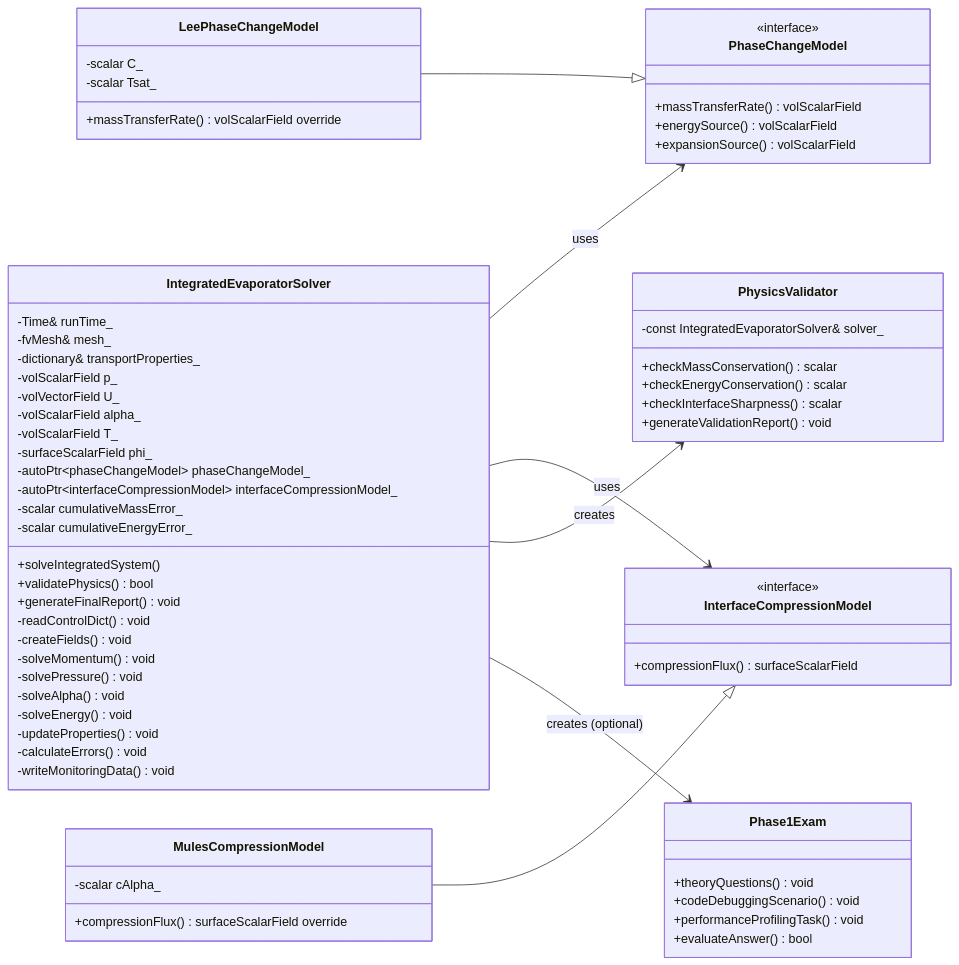
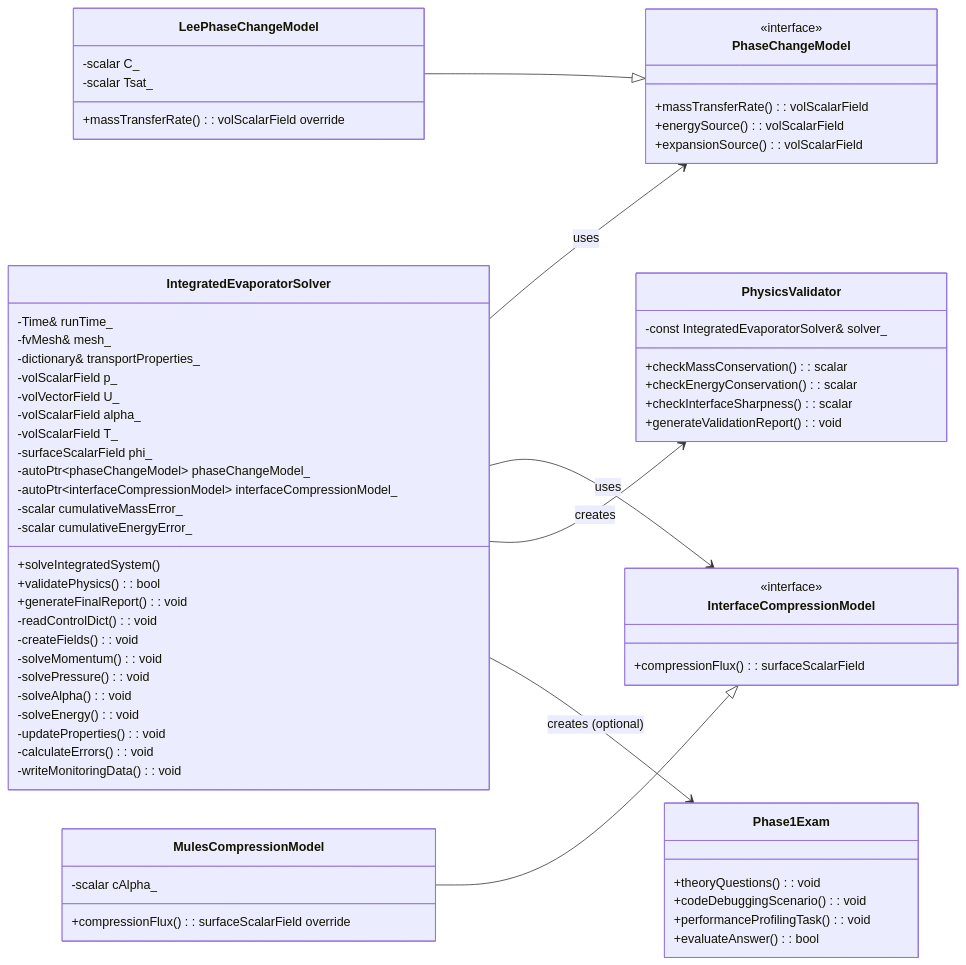
Before and after one commit to wramet/build-my-cfd: the second of 2 diagrams in daily_learning/2026-01-12.md, drawn with Mermaid. The commit also changed other lines of this file and 11 other files, not shown here.

````diff
--- a/daily_learning/2026-01-12.md
+++ b/daily_learning/2026-01-12.md
@@ -519,76 +540,76 @@
 ```mermaid
 classDiagram
     direction LR
 
     class IntegratedEvaporatorSolver {
         -Time& runTime_
         -fvMesh& mesh_
         -dictionary& transportProperties_
         -volScalarField p_
         -volVectorField U_
         -volScalarField alpha_
         -volScalarField T_
         -surfaceScalarField phi_
         -autoPtr~phaseChangeModel~ phaseChangeModel_
         -autoPtr~interfaceCompressionModel~ interfaceCompressionModel_
         -scalar cumulativeMassError_
         -scalar cumulativeEnergyError_
         +solveIntegratedSystem()
-        +validatePhysics() bool
-        +generateFinalReport() void
-        -readControlDict() void
-        -createFields() void
-        -solveMomentum() void
-        -solvePressure() void
-        -solveAlpha() void
-        -solveEnergy() void
-        -updateProperties() void
-        -calculateErrors() void
-        -writeMonitoringData() void
+        +validatePhysics() : bool
+        +generateFinalReport() : void
+        -readControlDict() : void
+        -createFields() : void
+        -solveMomentum() : void
+        -solvePressure() : void
+        -solveAlpha() : void
+        -solveEnergy() : void
+        -updateProperties() : void
+        -calculateErrors() : void
+        -writeMonitoringData() : void
     }
 
     class PhaseChangeModel {
         <<interface>>
-        +massTransferRate() volScalarField
-        +energySource() volScalarField
-        +expansionSource() volScalarField
+        +massTransferRate() : volScalarField
+        +energySource() : volScalarField
+        +expansionSource() : volScalarField
     }
 
     class LeePhaseChangeModel {
         -scalar C_
         -scalar Tsat_
-        +massTransferRate() volScalarField override
+        +massTransferRate() : volScalarField override
     }
 
     class InterfaceCompressionModel {
         <<interface>>
-        +compressionFlux() surfaceScalarField
+        +compressionFlux() : surfaceScalarField
     }
 
     class MulesCompressionModel {
         -scalar cAlpha_
-        +compressionFlux() surfaceScalarField override
+        +compressionFlux() : surfaceScalarField override
     }
 
     class PhysicsValidator {
         -const IntegratedEvaporatorSolver& solver_
-        +checkMassConservation() scalar
-        +checkEnergyConservation() scalar
-        +checkInterfaceSharpness() scalar
-        +generateValidationReport() void
+        +checkMassConservation() : scalar
+        +checkEnergyConservation() : scalar
+        +checkInterfaceSharpness() : scalar
+        +generateValidationReport() : void
     }
 
     class Phase1Exam {
-        +theoryQuestions() void
-        +codeDebuggingScenario() void
-        +performanceProfilingTask() void
-        +evaluateAnswer() bool
+        +theoryQuestions() : void
+        +codeDebuggingScenario() : void
+        +performanceProfilingTask() : void
+        +evaluateAnswer() : bool
     }
 
     IntegratedEvaporatorSolver --> PhaseChangeModel : uses
     IntegratedEvaporatorSolver --> InterfaceCompressionModel : uses
     IntegratedEvaporatorSolver --> PhysicsValidator : creates
     IntegratedEvaporatorSolver --> Phase1Exam : creates (optional)
     LeePhaseChangeModel --|> PhaseChangeModel
     MulesCompressionModel --|> InterfaceCompressionModel
 ```
````
